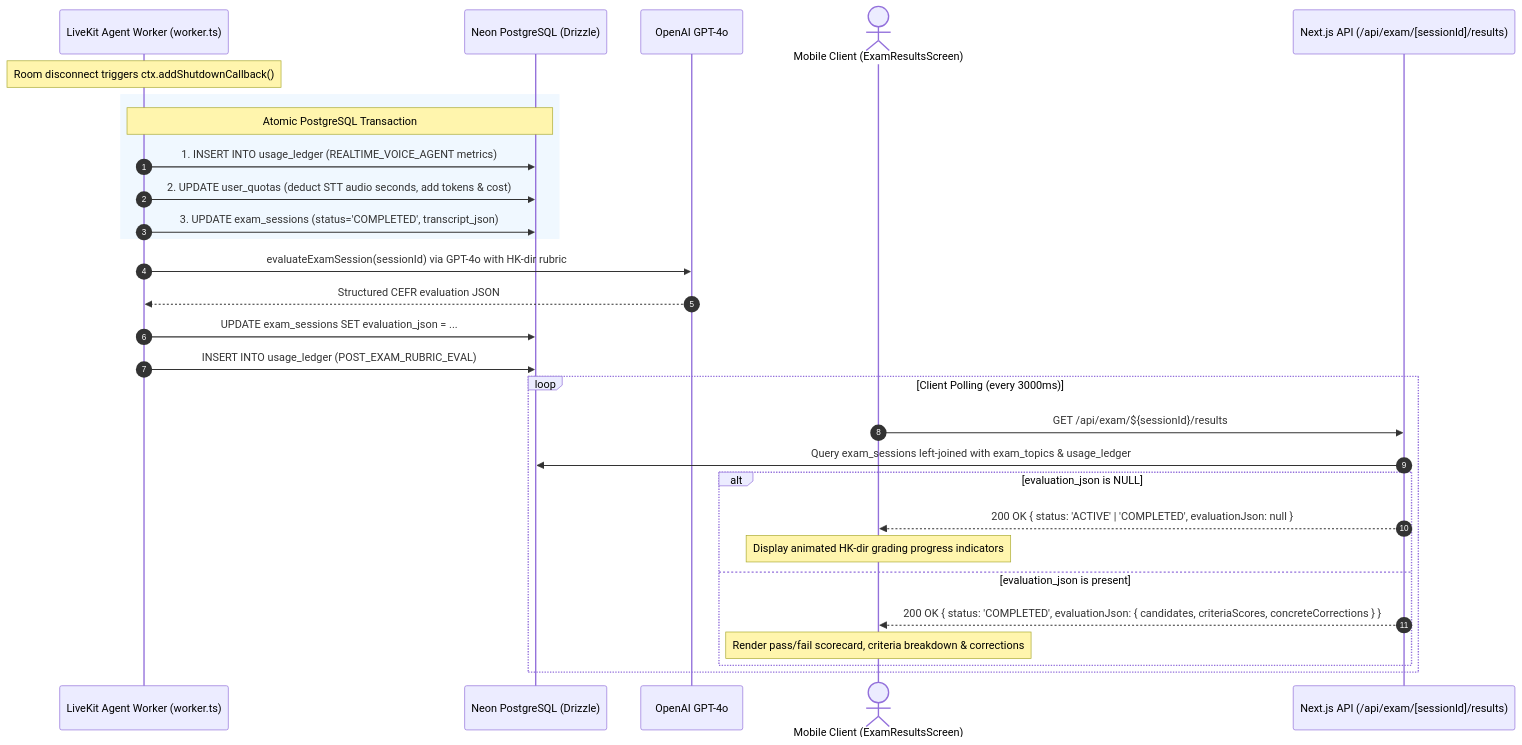
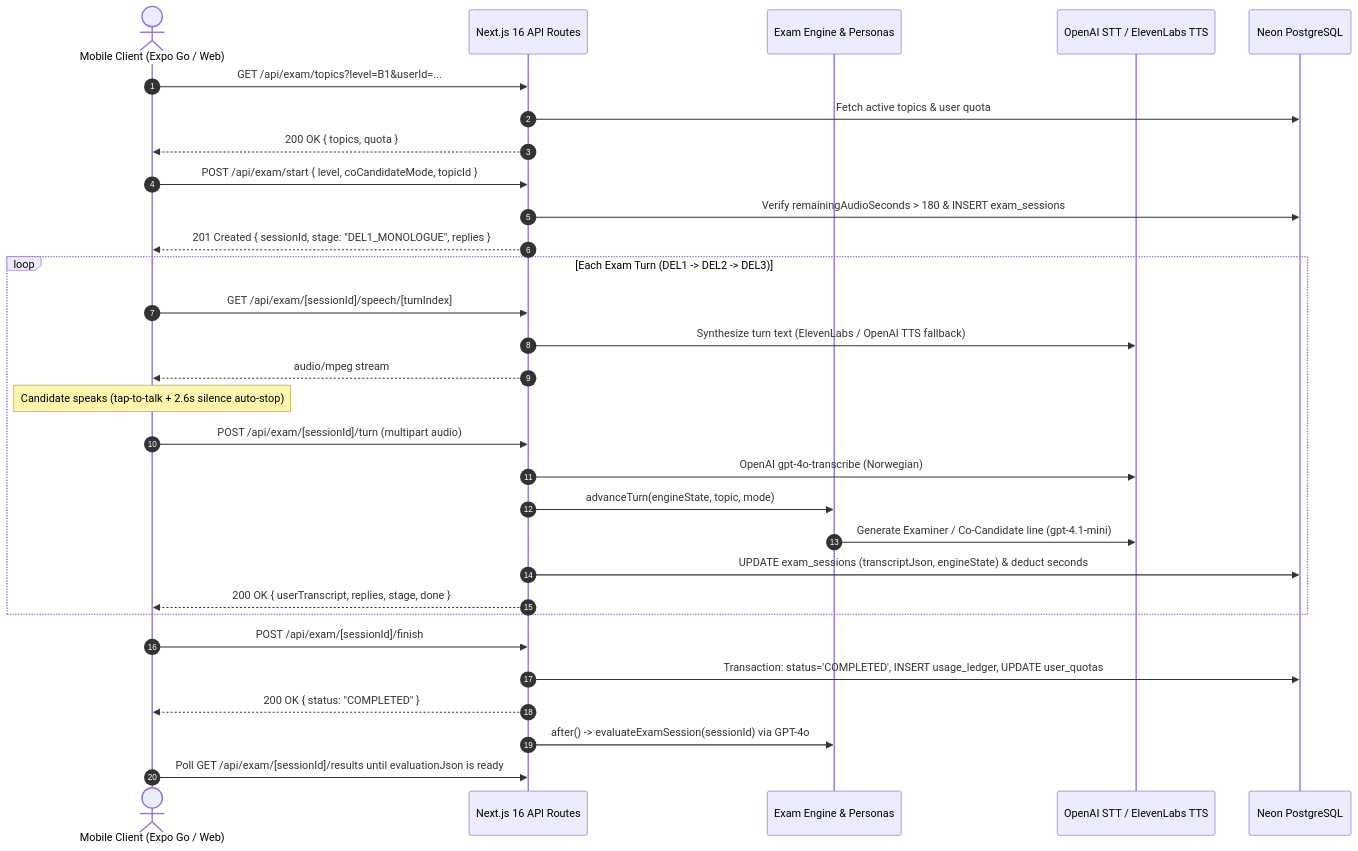
One commit to mujtabanaqvi/norsk-app changed the diagram in docs/ARCHITECTURE.md. Above: the diagram before and after it, drawn with Mermaid. The commit also changed other lines of this file and 44 other files, not shown here.

Commit message:
First completed exam

````diff
--- a/docs/ARCHITECTURE.md
+++ b/docs/ARCHITECTURE.md
@@ -116,35 +55,36 @@
 ```mermaid
 sequenceDiagram
     autonumber
-    participant Agent as LiveKit Agent Worker (worker.ts)
-    participant DB as Neon PostgreSQL (Drizzle)
-    participant OpenAI as OpenAI GPT-4o
-    actor Candidate as Mobile Client (ExamResultsScreen)
-    participant ControlPlane as Next.js API (/api/exam/[sessionId]/results)
+    actor Candidate as Mobile Client (Expo Go / Web)
+    participant API as Next.js 16 API Routes
+    participant Engine as Exam Engine & Personas
+    participant Speech as OpenAI STT / ElevenLabs TTS
+    participant DB as Neon PostgreSQL
 
-    Note over Agent: Room disconnect triggers ctx.addShutdownCallback()
-    
-    rect rgb(240, 248, 255)
-        Note over Agent,DB: Atomic PostgreSQL Transaction
-        Agent->>DB: 1. INSERT INTO usage_ledger (REALTIME_VOICE_AGENT metrics)
-        Agent->>DB: 2. UPDATE user_quotas (deduct STT audio seconds, add tokens & cost)
-        Agent->>DB: 3. UPDATE exam_sessions (status='COMPLETED', transcript_json)
+    Candidate->>API: GET /api/exam/topics?level=B1&userId=...
+    API->>DB: Fetch active topics & user quota
+    API-->>Candidate: 200 OK { topics, quota }
+
+    Candidate->>API: POST /api/exam/start { level, coCandidateMode, topicId }
+    API->>DB: Verify remainingAudioSeconds > 180 & INSERT exam_sessions
+    API-->>Candidate: 201 Created { sessionId, stage: "DEL1_MONOLOGUE", replies }
+
+    loop Each Exam Turn (DEL1 -> DEL2 -> DEL3)
+        Candidate->>API: GET /api/exam/[sessionId]/speech/[turnIndex]
+        API->>Speech: Synthesize turn text (ElevenLabs / OpenAI TTS fallback)
+        API-->>Candidate: audio/mpeg stream
+        Note over Candidate: Candidate speaks (tap-to-talk + 2.6s silence auto-stop)
+        Candidate->>API: POST /api/exam/[sessionId]/turn (multipart audio)
+        API->>Speech: OpenAI gpt-4o-transcribe (Norwegian)
+        API->>Engine: advanceTurn(engineState, topic, mode)
+        Engine->>Speech: Generate Examiner / Co-Candidate line (gpt-4.1-mini)
+        API->>DB: UPDATE exam_sessions (transcriptJson, engineState) & deduct seconds
+        API-->>Candidate: 200 OK { userTranscript, replies, stage, done }
     end
 
-    Agent->>OpenAI: evaluateExamSession(sessionId) via GPT-4o with HK-dir rubric
-    OpenAI-->>Agent: Structured CEFR evaluation JSON
-    Agent->>DB: UPDATE exam_sessions SET evaluation_json = ...
-    Agent->>DB: INSERT INTO usage_ledger (POST_EXAM_RUBRIC_EVAL)
-
-    loop Client Polling (every 3000ms)
-        Candidate->>ControlPlane: GET /api/exam/${sessionId}/results
-        ControlPlane->>DB: Query exam_sessions left-joined with exam_topics & usage_ledger
-        alt evaluation_json is NULL
-            ControlPlane-->>Candidate: 200 OK { status: 'ACTIVE' | 'COMPLETED', evaluationJson: null }
-            Note over Candidate: Display animated HK-dir grading progress indicators
-        else evaluation_json is present
-            ControlPlane-->>Candidate: 200 OK { status: 'COMPLETED', evaluationJson: { candidates, criteriaScores, concreteCorrections } }
-            Note over Candidate: Render pass/fail scorecard, criteria breakdown & corrections
-        end
-    end
+    Candidate->>API: POST /api/exam/[sessionId]/finish
+    API->>DB: Transaction: status='COMPLETED', INSERT usage_ledger, UPDATE user_quotas
+    API-->>Candidate: 200 OK { status: "COMPLETED" }
+    API->>Engine: after() -> evaluateExamSession(sessionId) via GPT-4o
+    Candidate->>API: Poll GET /api/exam/[sessionId]/results until evaluationJson is ready
 ```
````
